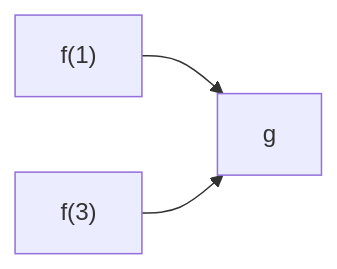
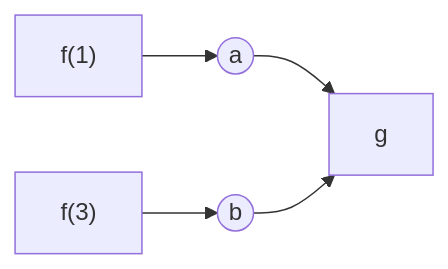
Before and after one commit to codenet/col733-cloud: the first of 2 diagrams in compute-ray.md, drawn with Mermaid. The commit also changed other lines of this file, not shown here.

````diff
--- a/compute-ray.md
+++ b/compute-ray.md
@@ -46,8 +46,11 @@
 ```mermaid
 flowchart LR
-  a["f(1)"]
-  b["f(3)"]
-  x["g"]
-  a --> x
-  b --> x
+	f1["f(1)"]
+	f3["f(3)"]
+	a((a))
+	b((b))
+	f1 --> a
+	f3 --> b
+	a --> g
+	b --> g
 ```
````
